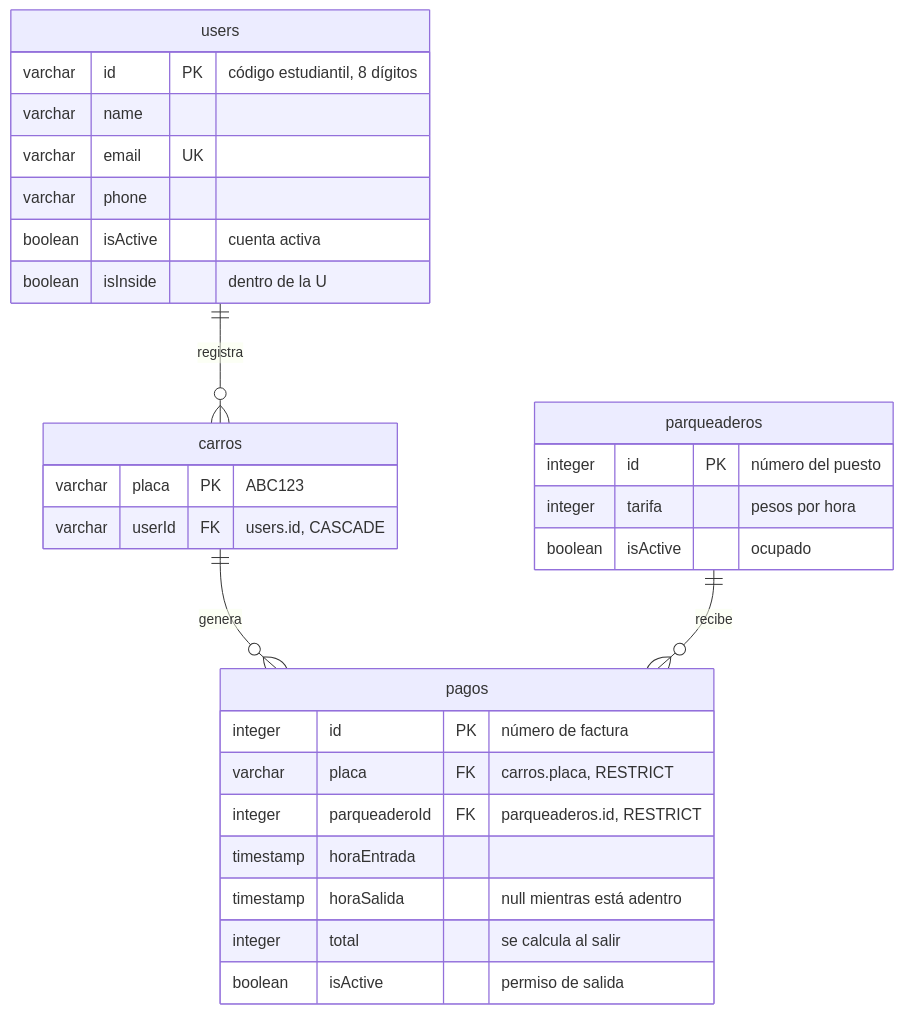
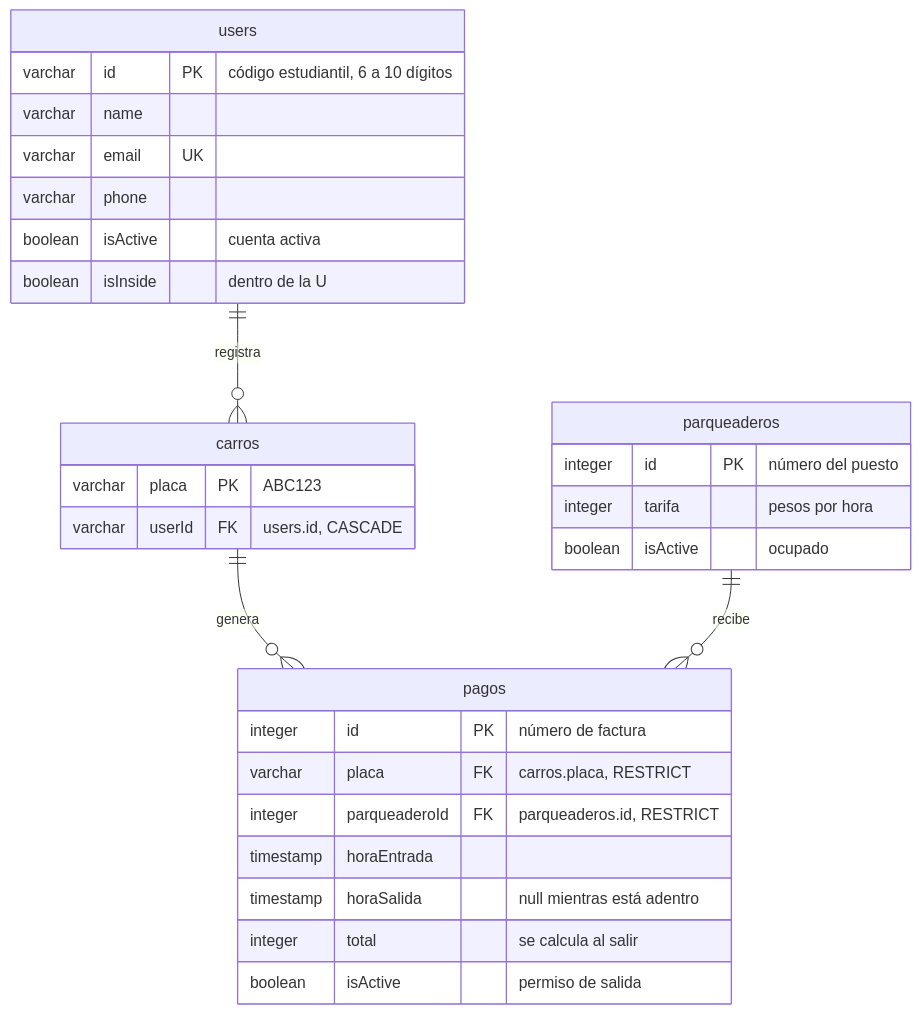
The diagram in README.md (mateorivera2410/Jave-Parking), drawn with Mermaid before and after one commit. The commit also changed other lines of this file and 4 other files, not shown here.

Commit message:
Código estudiantil de 6 a 10 números

````diff
--- a/README.md
+++ b/README.md
@@ -32,33 +32,33 @@
 ```mermaid
 erDiagram
   users ||--o{ carros : registra
   carros ||--o{ pagos : genera
   parqueaderos ||--o{ pagos : recibe
 
   users {
-    varchar id PK "código estudiantil, 8 dígitos"
+    varchar id PK "código estudiantil, 6 a 10 dígitos"
     varchar name
     varchar email UK
     varchar phone
     boolean isActive "cuenta activa"
     boolean isInside "dentro de la U"
   }
   carros {
     varchar placa PK "ABC123"
     varchar userId FK "users.id, CASCADE"
   }
   parqueaderos {
     integer id PK "número del puesto"
     integer tarifa "pesos por hora"
     boolean isActive "ocupado"
   }
   pagos {
     integer id PK "número de factura"
     varchar placa FK "carros.placa, RESTRICT"
     integer parqueaderoId FK "parqueaderos.id, RESTRICT"
     timestamp horaEntrada
     timestamp horaSalida "null mientras está adentro"
     integer total "se calcula al salir"
     boolean isActive "permiso de salida"
   }
 ```
````
